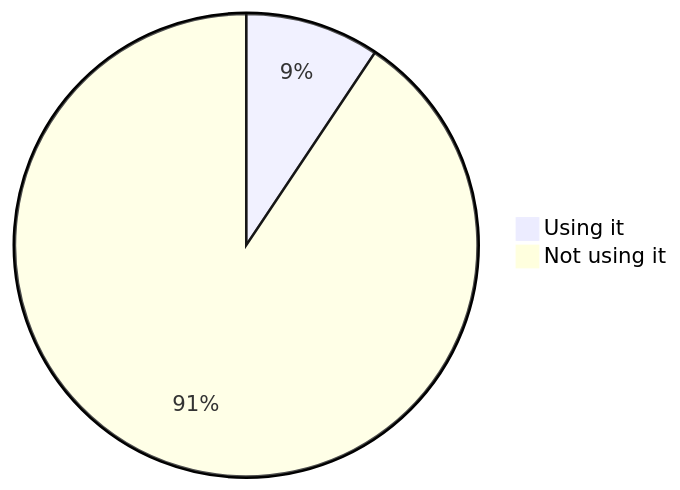
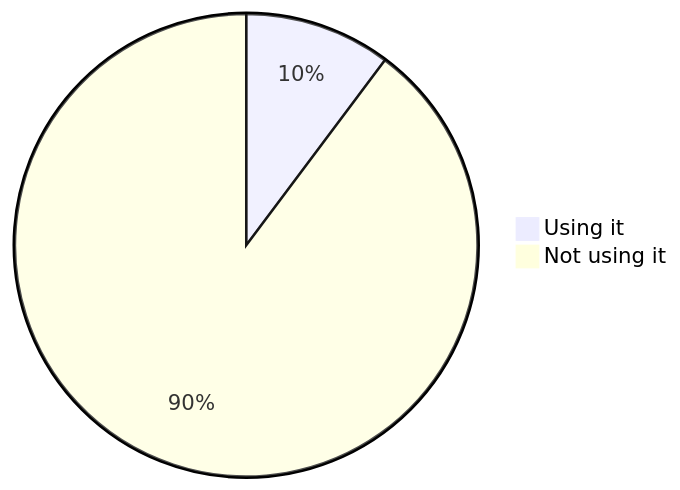
Before and after one commit to oshp/oshp-stats: diagram 13 of 22 in stats.md, drawn with Mermaid. The commit also changed other lines of this file, not shown here.

````diff
--- a/stats.md
+++ b/stats.md
@@ -154,6 +154,6 @@
 ```mermaid
 pie
-	"Using it" : 9.37
-	"Not using it" : 90.63
+	"Using it" : 10.23
+	"Not using it" : 89.77
 
 ```
````
